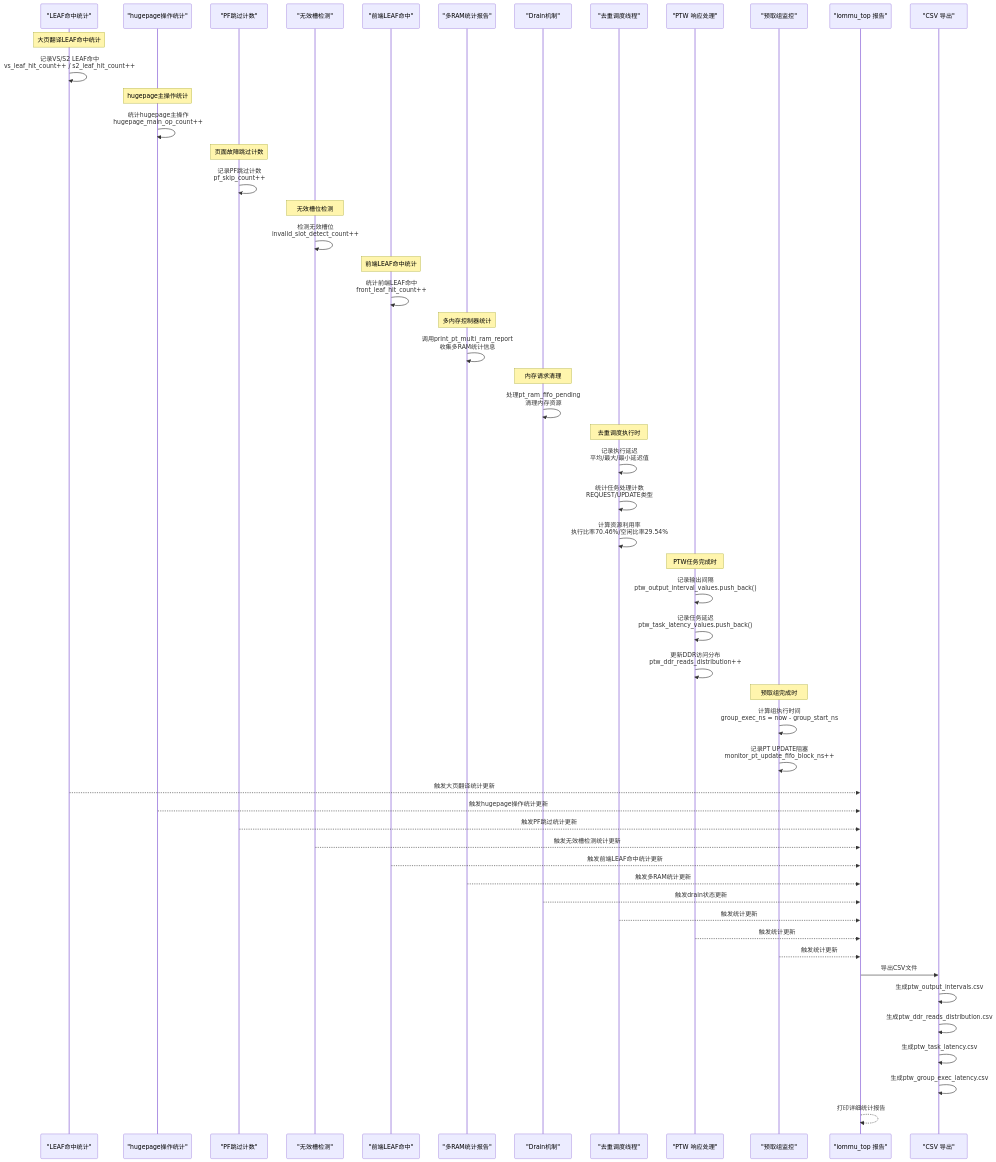
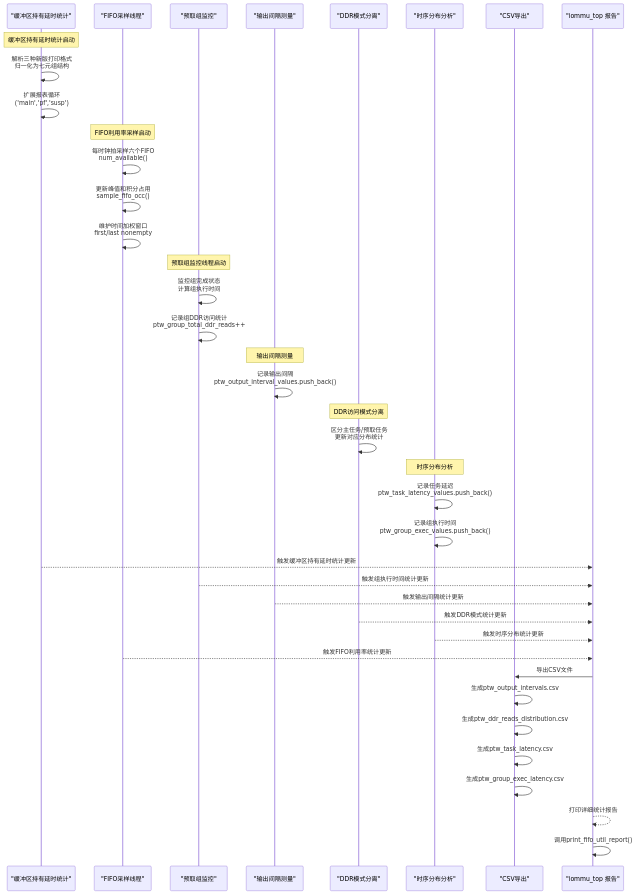
One commit to jiangjiang1122/iommu_model_20260401_v1 changed the second of 12 diagrams in .qoder/repowiki/zh/content/性能模型/性能指标与统计.md. Above: the diagram before and after it, drawn with Mermaid. The commit also changed other lines of this file and 55 other files, not shown here.

````diff
--- a/.qoder/repowiki/zh/content/性能模型/性能指标与统计.md
+++ b/.qoder/repowiki/zh/content/性能模型/性能指标与统计.md
@@ -252,56 +216,41 @@
 ```mermaid
 sequenceDiagram
-participant LeafHit as "LEAF命中统计"
-participant HugePage as "hugepage操作统计"
-participant PFSkip as "PF跳过计数"
-participant InvalidSlot as "无效槽检测"
-participant FrontLeaf as "前端LEAF命中"
-participant MultiRAM as "多RAM统计报告"
-participant Drain as "Drain机制"
-participant Dedup as "去重调度线程"
-participant PTW as "PTW 响应处理"
-participant Monitor as "预取组监控"
+participant BufferStats as "缓冲区持有延时统计"
+participant Sampler as "FIFO采样线程"
+participant Prefetch as "预取组监控"
+participant OutputInt as "输出间隔测量"
+participant DDRMode as "DDR模式分离"
+participant Temporal as "时序分布分析"
+participant Export as "CSV导出"
 participant Top as "iommu_top 报告"
-participant Export as "CSV 导出"
-Note over LeafHit : 大页翻译LEAF命中统计
-LeafHit->>LeafHit : 记录VS/S2 LEAF命中<br/>vs_leaf_hit_count++ / s2_leaf_hit_count++
-Note over HugePage : hugepage主操作统计
-HugePage->>HugePage : 统计hugepage主操作<br/>hugepage_main_op_count++
-Note over PFSkip : 页面故障跳过计数
-PFSkip->>PFSkip : 记录PF跳过计数<br/>pf_skip_count++
-Note over InvalidSlot : 无效槽位检测
-InvalidSlot->>InvalidSlot : 检测无效槽位<br/>invalid_slot_detect_count++
-Note over FrontLeaf : 前端LEAF命中统计
-FrontLeaf->>FrontLeaf : 统计前端LEAF命中<br/>front_leaf_hit_count++
-Note over MultiRAM : 多内存控制器统计
-MultiRAM->>MultiRAM : 调用print_pt_multi_ram_report<br/>收集多RAM统计信息
-Note over Drain : 内存请求清理
-Drain->>Drain : 处理pt_ram_fifo_pending<br/>清理内存资源
-Note over Dedup : 去重调度执行时
-Dedup->>Dedup : 记录执行延迟<br/>平均/最大/最小延迟值
-Dedup->>Dedup : 统计任务处理计数<br/>REQUEST/UPDATE类型
-Dedup->>Dedup : 计算资源利用率<br/>执行比率70.46%/空闲比率29.54%
-Note over PTW : PTW任务完成时
-PTW->>PTW : 记录输出间隔<br/>ptw_output_interval_values.push_back()
-PTW->>PTW : 记录任务延迟<br/>ptw_task_latency_values.push_back()
-PTW->>PTW : 更新DDR访问分布<br/>ptw_ddr_reads_distribution++
-Note over Monitor : 预取组完成时
-Monitor->>Monitor : 计算组执行时间<br/>group_exec_ns = now - group_start_ns
-Monitor->>Monitor : 记录PT UPDATE阻塞<br/>monitor_pt_update_fifo_block_ns++
-LeafHit-->>Top : 触发大页翻译统计更新
-HugePage-->>Top : 触发hugepage操作统计更新
-PFSkip-->>Top : 触发PF跳过统计更新
-InvalidSlot-->>Top : 触发无效槽检测统计更新
-FrontLeaf-->>Top : 触发前端LEAF命中统计更新
-MultiRAM-->>Top : 触发多RAM统计更新
-Drain-->>Top : 触发drain状态更新
-Dedup-->>Top : 触发统计更新
-PTW-->>Top : 触发统计更新
-Monitor-->>Top : 触发统计更新
+Note over BufferStats : 缓冲区持有延时统计启动
+BufferStats->>BufferStats : 解析三种新版打印格式<br/>归一化为七元组结构
+BufferStats->>BufferStats : 扩展报表循环<br/>('main','pf','susp')
+Note over Sampler : FIFO利用率采样启动
+Sampler->>Sampler : 每时钟拍采样六个FIFO<br/>num_available()
+Sampler->>Sampler : 更新峰值和积分占用<br/>sample_fifo_occ()
+Sampler->>Sampler : 维护时间加权窗口<br/>first/last nonempty
+Note over Prefetch : 预取组监控线程启动
+Prefetch->>Prefetch : 监控组完成状态<br/>计算组执行时间
+Prefetch->>Prefetch : 记录组DDR访问统计<br/>ptw_group_total_ddr_reads++
+Note over OutputInt : 输出间隔测量
+OutputInt->>OutputInt : 记录输出间隔<br/>ptw_output_interval_values.push_back()
+Note over DDRMode : DDR访问模式分离
+DDRMode->>DDRMode : 区分主任务/预取任务<br/>更新对应分布统计
+Note over Temporal : 时序分布分析
+Temporal->>Temporal : 记录任务延迟<br/>ptw_task_latency_values.push_back()
+Temporal->>Temporal : 记录组执行时间<br/>ptw_group_exec_values.push_back()
+BufferStats-->>Top : 触发缓冲区持有延时统计更新
+Prefetch-->>Top : 触发组执行时间统计更新
+OutputInt-->>Top : 触发输出间隔统计更新
+DDRMode-->>Top : 触发DDR模式统计更新
+Temporal-->>Top : 触发时序分布统计更新
+Sampler-->>Top : 触发FIFO利用率统计更新
 Top->>Export : 导出CSV文件
 Export->>Export : 生成ptw_output_intervals.csv
 Export->>Export : 生成ptw_ddr_reads_distribution.csv
 Export->>Export : 生成ptw_task_latency.csv
 Export->>Export : 生成ptw_group_exec_latency.csv
 Top-->>Top : 打印详细统计报告
+Top->>Top : 调用print_fifo_util_report()
 ```
````
